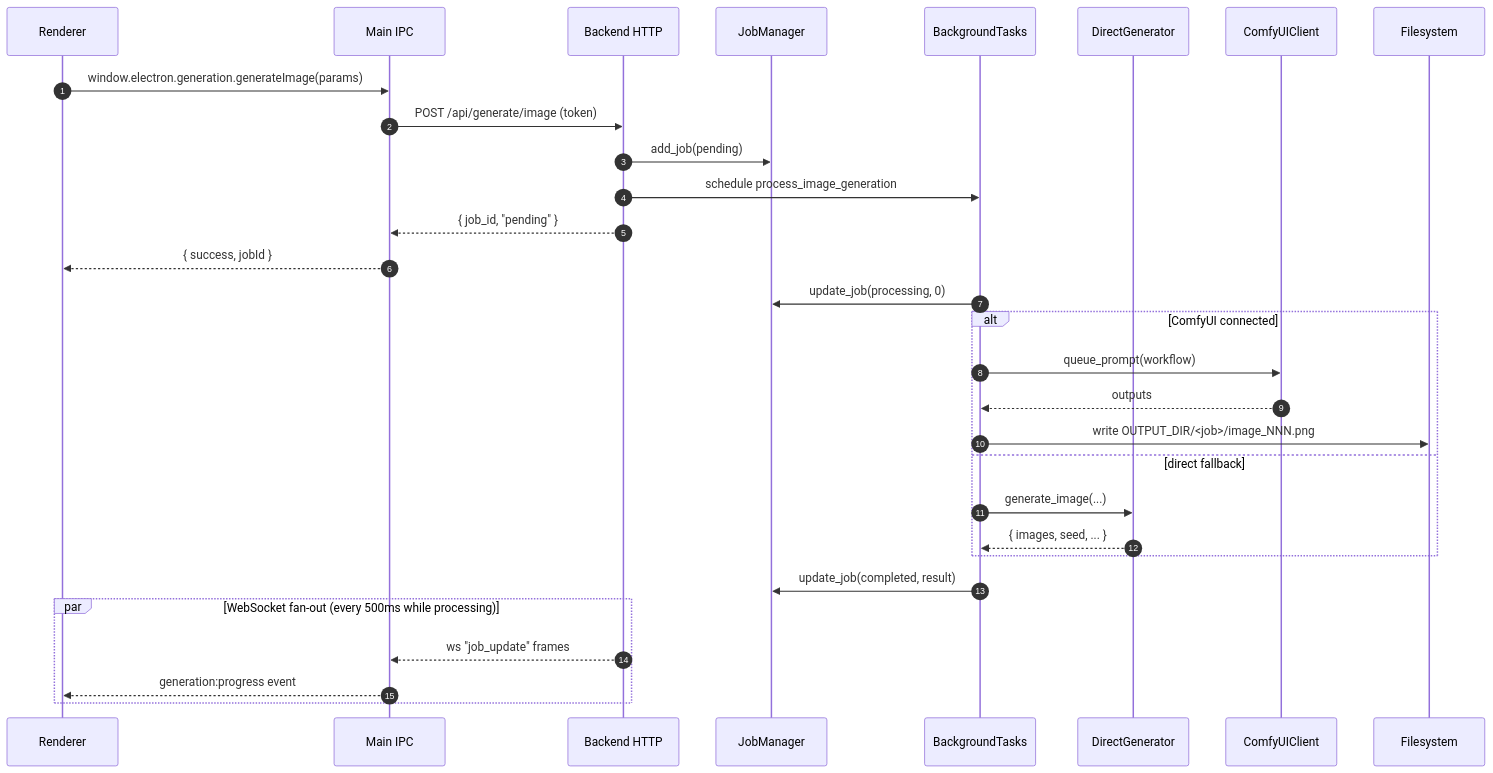
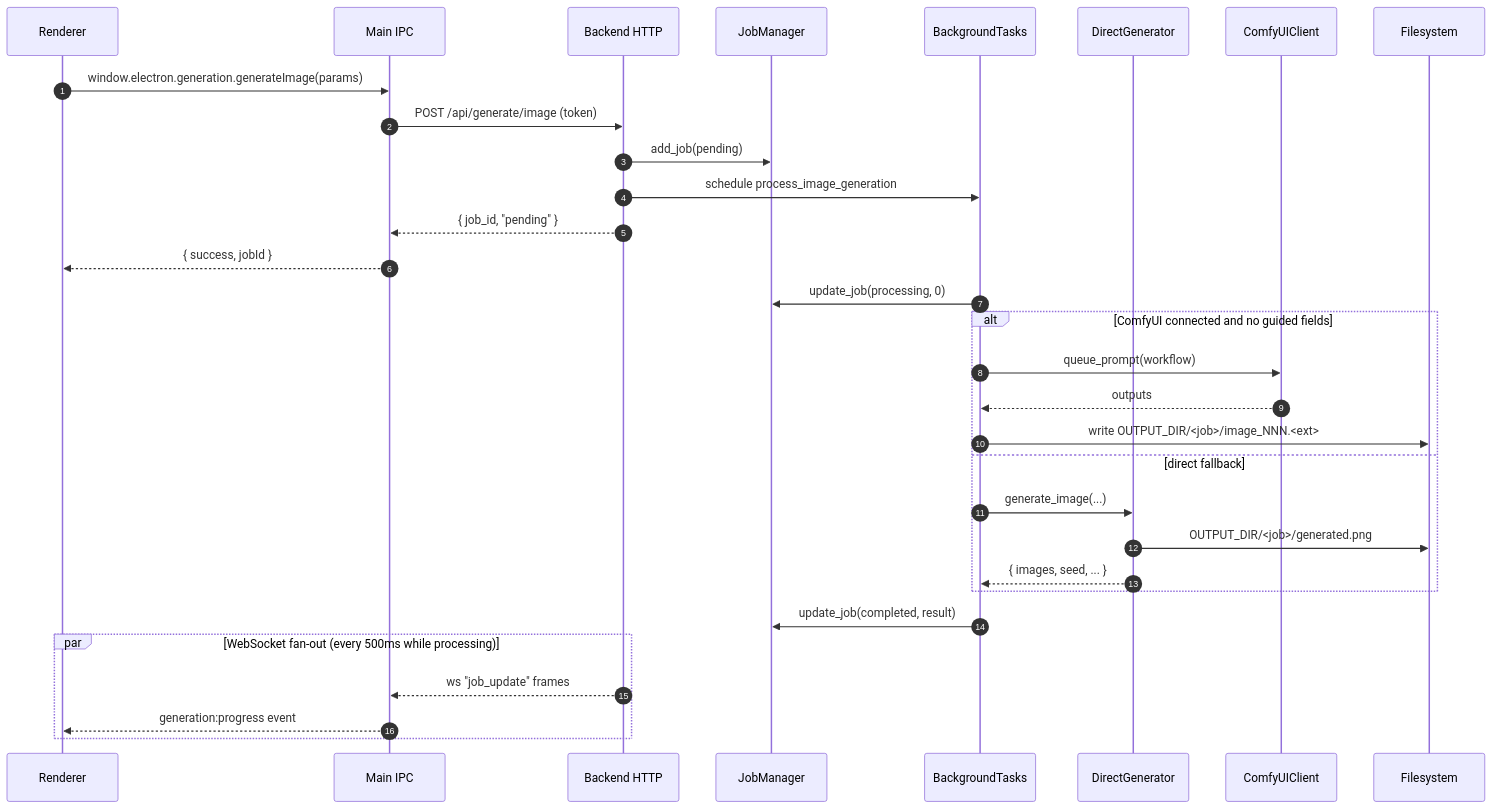
Before and after one commit to Git-Rocky-Stack/vision-studio: the third of 11 diagrams in docs/diagrams/diagrams.md, drawn with Mermaid. The commit also changed other lines of this file and 9 other files, not shown here.

````diff
--- a/docs/diagrams/diagrams.md
+++ b/docs/diagrams/diagrams.md
@@ -69,32 +73,33 @@
 ```mermaid
 sequenceDiagram
     autonumber
     participant U as Renderer
     participant E as Main IPC
     participant B as Backend HTTP
     participant J as JobManager
     participant T as BackgroundTasks
     participant DG as DirectGenerator
     participant CC as ComfyUIClient
     participant FS as Filesystem
     U->>E: window.electron.generation.generateImage(params)
     E->>B: POST /api/generate/image (token)
     B->>J: add_job(pending)
     B->>T: schedule process_image_generation
     B-->>E: { job_id, "pending" }
     E-->>U: { success, jobId }
     T->>J: update_job(processing, 0)
-    alt ComfyUI connected
+    alt ComfyUI connected and no guided fields
         T->>CC: queue_prompt(workflow)
         CC-->>T: outputs
-        T->>FS: write OUTPUT_DIR/<job>/image_NNN.png
+        T->>FS: write OUTPUT_DIR/<job>/image_NNN.<ext>
     else direct fallback
         T->>DG: generate_image(...)
+        DG->>FS: OUTPUT_DIR/<job>/generated.png
         DG-->>T: { images, seed, ... }
     end
     T->>J: update_job(completed, result)
     par WebSocket fan-out (every 500ms while processing)
         B-->>E: ws "job_update" frames
         E-->>U: generation:progress event
     end
 ```
````
